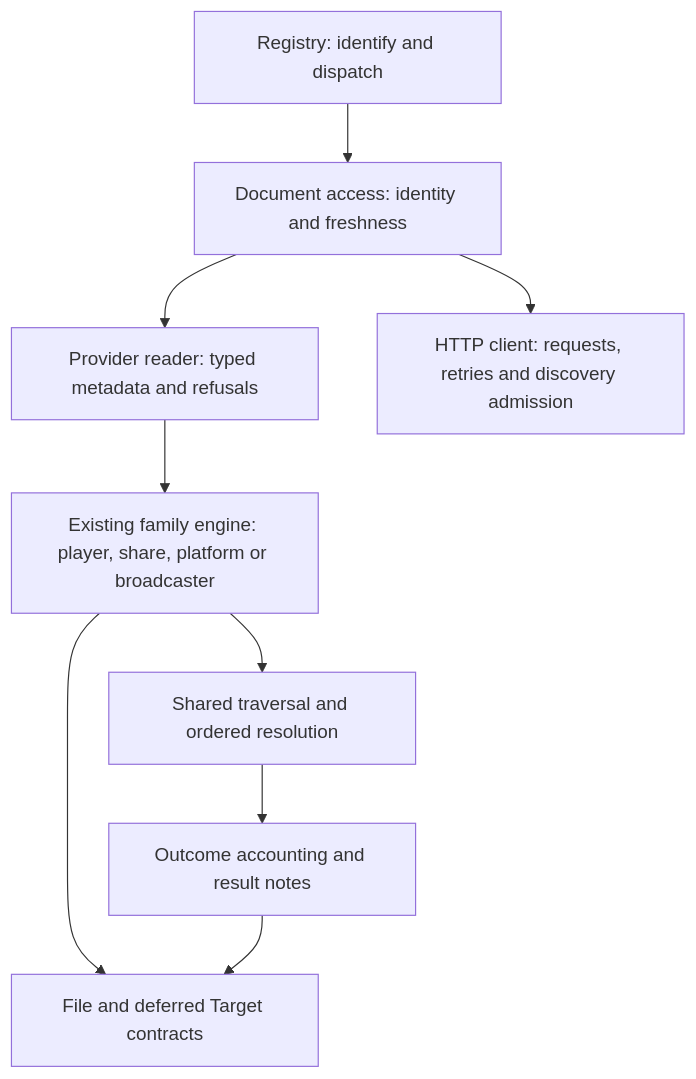
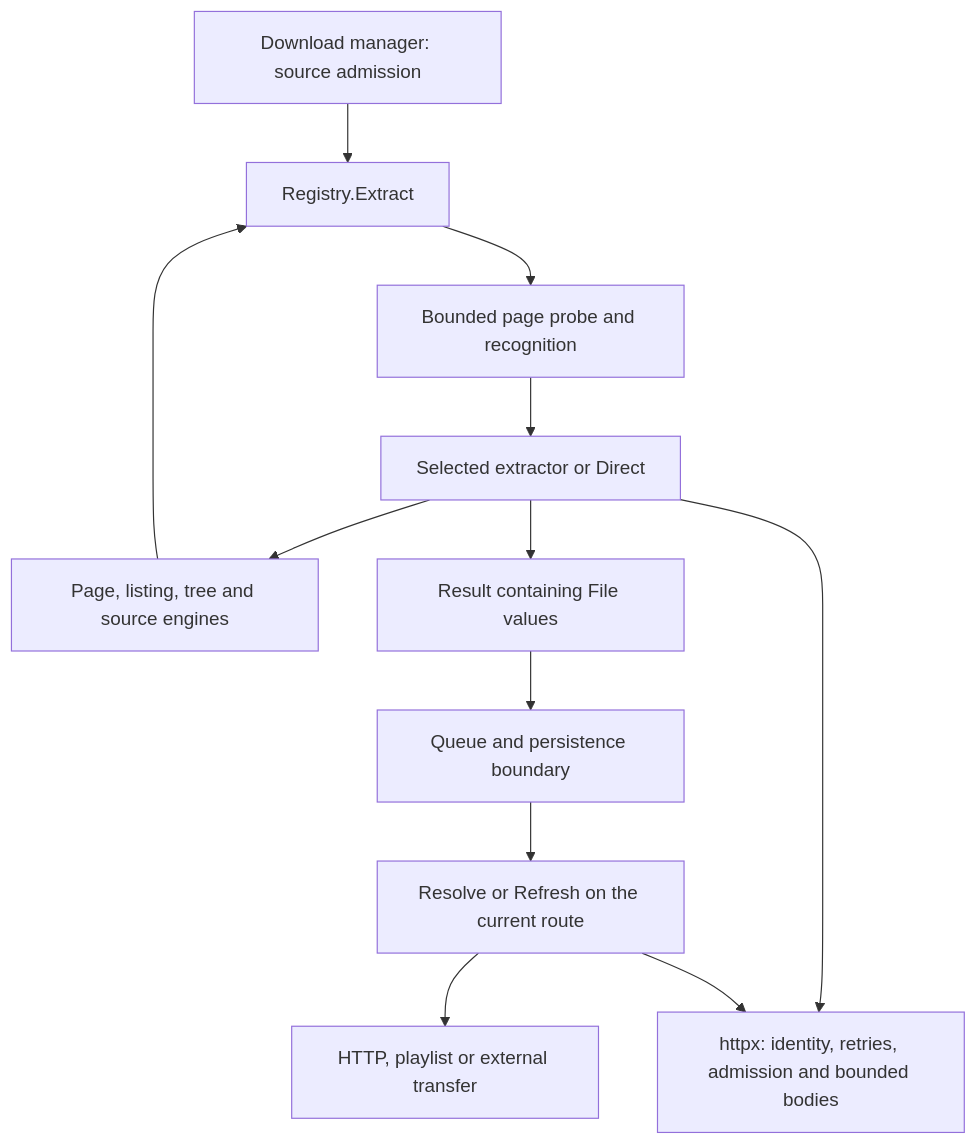
One commit to JohanLindvall/HeapLeach changed the diagram in docs/scraper-consolidation-plan.md. Above: the diagram before and after it, drawn with Mermaid. The commit also changed other lines of this file and 1 other file, not shown here.

Commit message:
Document behavior-preserving scraper consolidation plan

````diff
--- a/docs/scraper-consolidation-plan.md
+++ b/docs/scraper-consolidation-plan.md
@@ -86,11 +133,14 @@
 ```mermaid
 flowchart TD
-    R[Registry: identify and dispatch] --> D[Document access: identity and freshness]
-    D --> P[Provider reader: typed metadata and refusals]
-    P --> E[Existing family engine: player, share, platform or broadcaster]
-    E --> W[Shared traversal and ordered resolution]
-    W --> O[Outcome accounting and result notes]
-    E --> F[File and deferred Target contracts]
-    O --> F
-    D --> H[HTTP client: requests, retries and discovery admission]
+    M[Download manager: source admission] --> R[Registry.Extract]
+    R --> P[Bounded page probe and recognition]
+    P --> E[Selected extractor or Direct]
+    E --> L[Page, listing, tree and source engines]
+    L --> R
+    E --> F[Result containing File values]
+    F --> Q[Queue and persistence boundary]
+    Q --> T[Resolve or Refresh on the current route]
+    T --> D[HTTP, playlist or external transfer]
+    E --> H[httpx: identity, retries, admission and bounded bodies]
+    T --> H
 ```
````
